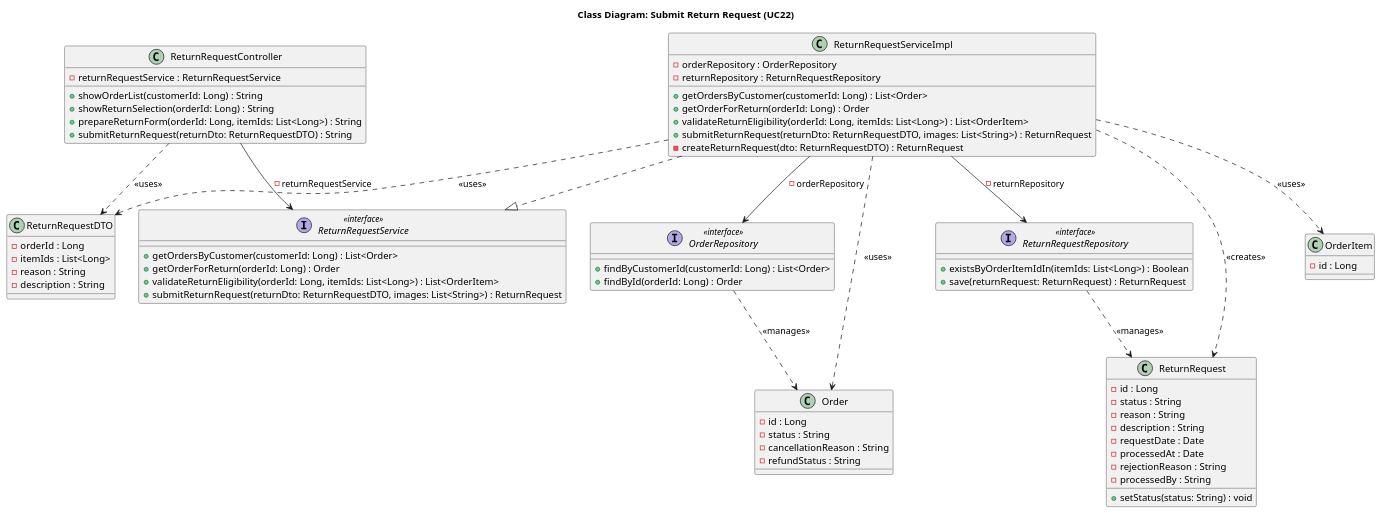
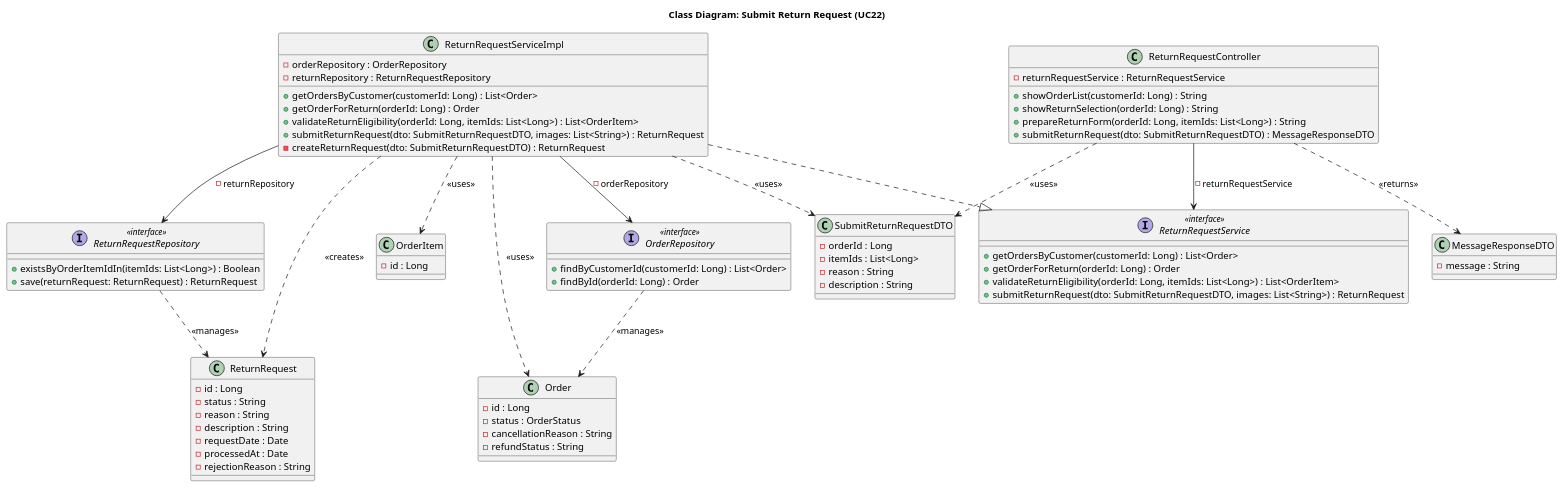
The diagram in src/main/java/org/example/fashionstoresystem/uml/Class/CD22_SubmitReturnRequest.puml (Peterdir/fashion-store-system), drawn with PlantUML before and after one commit. The commit also changed 36 other files, not shown here.

```diff
--- a/src/main/java/org/example/fashionstoresystem/uml/Class/CD22_SubmitReturnRequest.puml
+++ b/src/main/java/org/example/fashionstoresystem/uml/Class/CD22_SubmitReturnRequest.puml
@@ -1,95 +1,101 @@
 @startuml
 title Class Diagram: Submit Return Request (UC22)
 
 ' Controller
 class ReturnRequestController {
     - returnRequestService : ReturnRequestService
     + showOrderList(customerId: Long) : String
     + showReturnSelection(orderId: Long) : String
     + prepareReturnForm(orderId: Long, itemIds: List<Long>) : String
-    + submitReturnRequest(returnDto: ReturnRequestDTO) : String
+    + submitReturnRequest(dto: SubmitReturnRequestDTO) : MessageResponseDTO
 }
 
 ' Service
 interface ReturnRequestService <<interface>> {
     + getOrdersByCustomer(customerId: Long) : List<Order>
     + getOrderForReturn(orderId: Long) : Order
     + validateReturnEligibility(orderId: Long, itemIds: List<Long>) : List<OrderItem>
-    + submitReturnRequest(returnDto: ReturnRequestDTO, images: List<String>) : ReturnRequest
+    + submitReturnRequest(dto: SubmitReturnRequestDTO, images: List<String>) : ReturnRequest
 }
 
 class ReturnRequestServiceImpl {
     - orderRepository : OrderRepository
     - returnRepository : ReturnRequestRepository
     + getOrdersByCustomer(customerId: Long) : List<Order>
     + getOrderForReturn(orderId: Long) : Order
     + validateReturnEligibility(orderId: Long, itemIds: List<Long>) : List<OrderItem>
-    + submitReturnRequest(returnDto: ReturnRequestDTO, images: List<String>) : ReturnRequest
-    - createReturnRequest(dto: ReturnRequestDTO) : ReturnRequest
+    + submitReturnRequest(dto: SubmitReturnRequestDTO, images: List<String>) : ReturnRequest
+    - createReturnRequest(dto: SubmitReturnRequestDTO) : ReturnRequest
 }
 
 ' Repository
 interface OrderRepository <<interface>> {
     + findByCustomerId(customerId: Long) : List<Order>
     + findById(orderId: Long) : Order
 }
 
 interface ReturnRequestRepository <<interface>> {
     + existsByOrderItemIdIn(itemIds: List<Long>) : Boolean
     + save(returnRequest: ReturnRequest) : ReturnRequest
 }
 
-' Entity & DTO
-class ReturnRequestDTO {
+' DTO
+
+class SubmitReturnRequestDTO {
     - orderId : Long
     - itemIds : List<Long>
     - reason : String
     - description : String
 }
+
+class MessageResponseDTO {
+    - message : String
+}
+
+' Entity
 
 class ReturnRequest {
     - id : Long
     - status : String
     - reason : String
     - description : String
     - requestDate : Date
     - processedAt : Date
     - rejectionReason : String
-    - processedBy : String
-    + setStatus(status: String) : void
 }
 
 class Order {
     - id : Long
-    - status : String
+    - status : OrderStatus
     - cancellationReason : String
     - refundStatus : String
 }
 
 class OrderItem {
     - id : Long
 }
 
 ' Relationships
 
 ' Implementation
 ReturnRequestServiceImpl ..|> ReturnRequestService
 
 ' Dependency Injection
 ReturnRequestController --> ReturnRequestService : - returnRequestService
 ReturnRequestServiceImpl --> OrderRepository : - orderRepository
 ReturnRequestServiceImpl --> ReturnRequestRepository : - returnRepository
 
 ' Object Usage
-ReturnRequestController ..> ReturnRequestDTO : <<uses>>
-ReturnRequestServiceImpl ..> ReturnRequestDTO : <<uses>>
+ReturnRequestController ..> SubmitReturnRequestDTO : <<uses>>
+ReturnRequestController ..> MessageResponseDTO : <<returns>>
+ReturnRequestServiceImpl ..> SubmitReturnRequestDTO : <<uses>>
 
 ReturnRequestServiceImpl ..> ReturnRequest : <<creates>>
 ReturnRequestRepository ..> ReturnRequest : <<manages>>
 
 ReturnRequestServiceImpl ..> Order : <<uses>>
 OrderRepository ..> Order : <<manages>>
 
 ReturnRequestServiceImpl ..> OrderItem : <<uses>>
 
 @enduml
```
